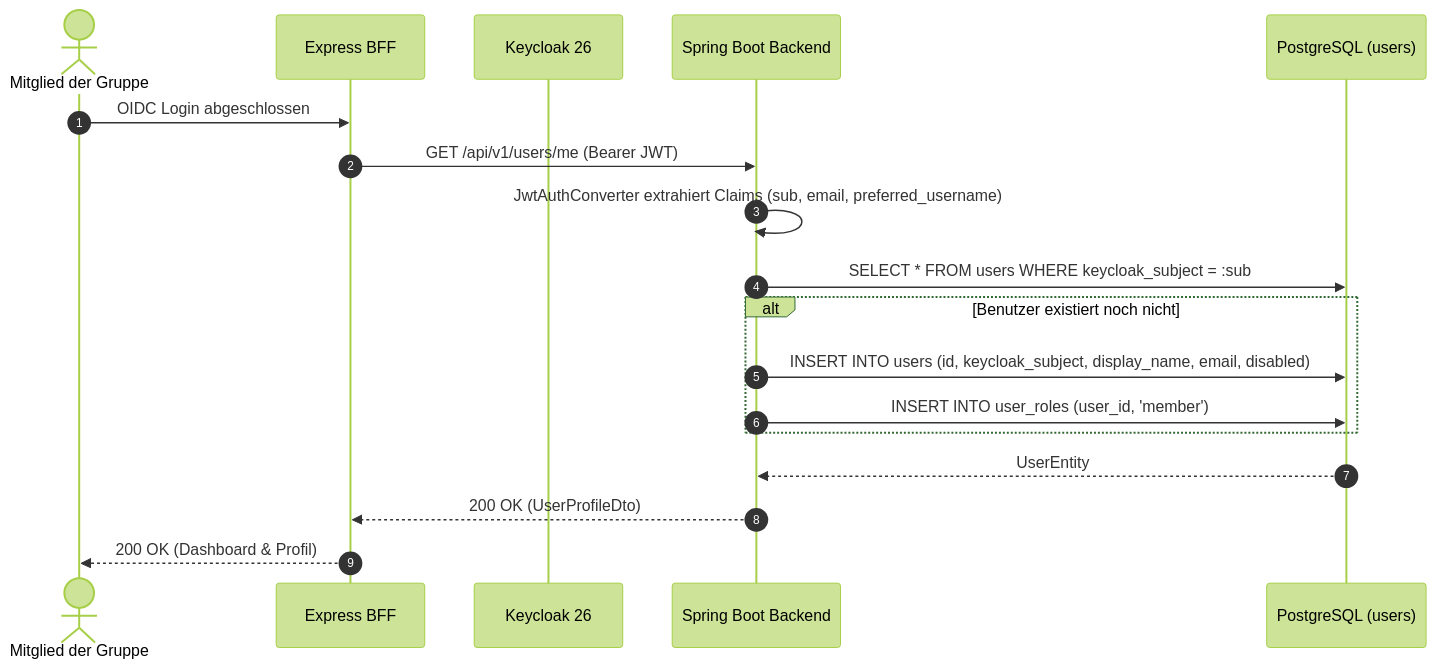
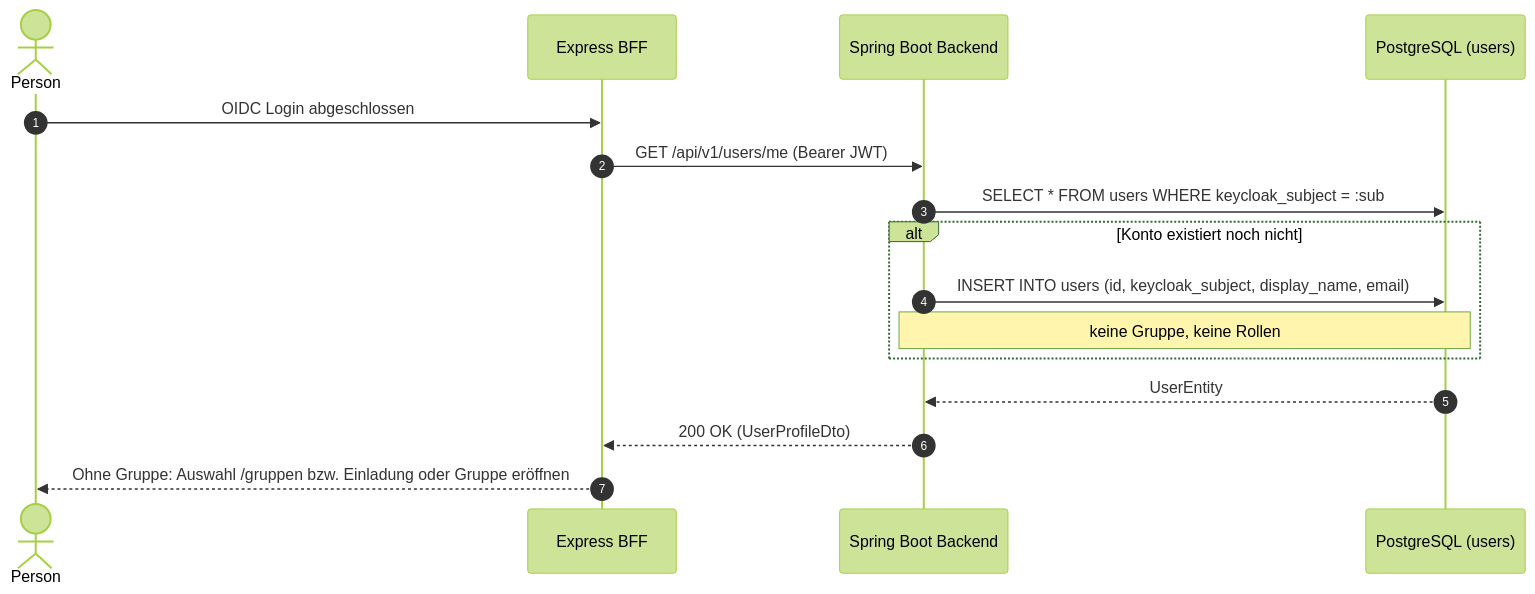
The diagram in docs/domains/auth-and-user-management.md (damaurer/vereint), drawn with Mermaid (forest theme) before and after one commit. The commit also changed other lines of this file and 20 other files, not shown here.

````diff
--- a/docs/domains/auth-and-user-management.md
+++ b/docs/domains/auth-and-user-management.md
@@ -94,21 +95,19 @@
 ```mermaid
 sequenceDiagram
     autonumber
-    actor User as Mitglied der Gruppe
+    actor User as Person
     participant BFF as Express BFF
-    participant KC as Keycloak 26
     participant Spring as Spring Boot Backend
     participant DB as PostgreSQL (users)
 
     User->>BFF: OIDC Login abgeschlossen
     BFF->>Spring: GET /api/v1/users/me (Bearer JWT)
-    Spring->>Spring: JwtAuthConverter extrahiert Claims (sub, email, preferred_username)
     Spring->>DB: SELECT * FROM users WHERE keycloak_subject = :sub
-    alt Benutzer existiert noch nicht
-        Spring->>DB: INSERT INTO users (id, keycloak_subject, display_name, email, disabled)
-        Spring->>DB: INSERT INTO user_roles (user_id, 'member')
+    alt Konto existiert noch nicht
+        Spring->>DB: INSERT INTO users (id, keycloak_subject, display_name, email)
+        Note over Spring,DB: keine Gruppe, keine Rollen
     end
     DB-->>Spring: UserEntity
     Spring-->>BFF: 200 OK (UserProfileDto)
-    BFF-->>User: 200 OK (Dashboard & Profil)
+    BFF-->>User: Ohne Gruppe: Auswahl /gruppen bzw. Einladung oder Gruppe eröffnen
 ```
````
